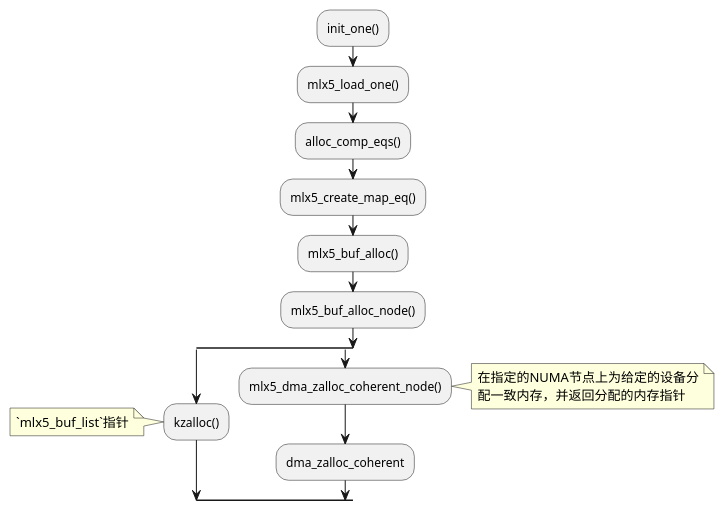
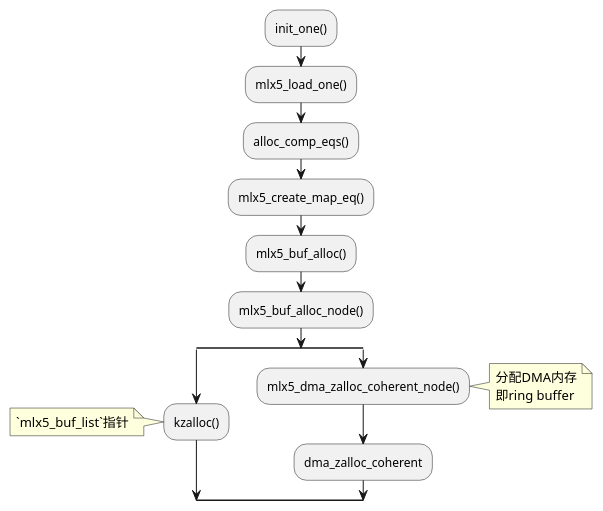
The diagram in docs/topics/time_squeeze_and_netdev_budget.md (kangxiaoning/kangxiaoning.github.io), drawn with PlantUML before and after one commit.

Commit message:
rebuilding site

````diff
--- a/docs/topics/time_squeeze_and_netdev_budget.md
+++ b/docs/topics/time_squeeze_and_netdev_budget.md
@@ -553,23 +553,23 @@
 ```plantuml
 @startuml
 :init_one();
 :mlx5_load_one();
 :alloc_comp_eqs();
 :mlx5_create_map_eq();
 :mlx5_buf_alloc();
 :mlx5_buf_alloc_node();
 split
  :kzalloc();
  note left
   `mlx5_buf_list`指针
  end note
 split again
  :mlx5_dma_zalloc_coherent_node();
  note right
-  在指定的NUMA节点上为给定的设备分
-  配一致内存，并返回分配的内存指针
+  分配DMA内存
+  即ring buffer
  end note
  :dma_zalloc_coherent;
 end split
 @enduml
 ```
````
